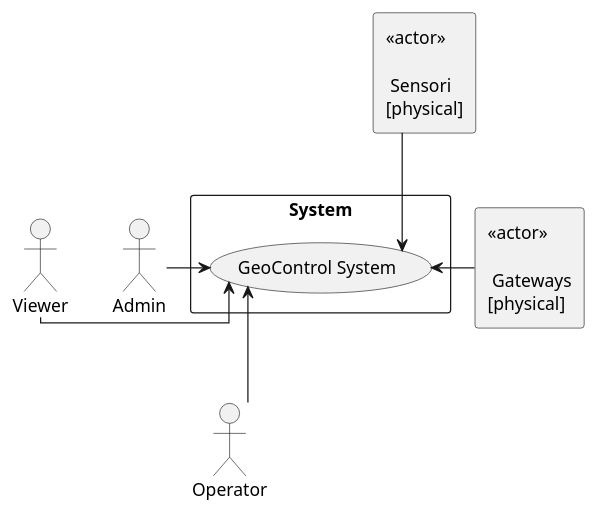
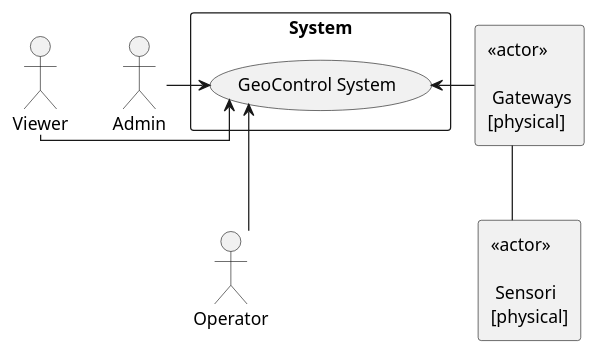
Before and after one commit to luigiaceto/geocontrol: the first of 4 diagrams in doc/Requirements.md, drawn with PlantUML. The commit also changed other lines of this file and 2 other files, not shown here.

Commit message:
Fix: context diagram

````diff
--- a/doc/Requirements.md
+++ b/doc/Requirements.md
@@ -200,31 +201,31 @@
 ``` plantuml
 
 @startuml
 skinparam linetype polyline
 skinparam linetype ortho
 
 rectangle System {
     (GeoControl System) as UC
 }
 
-rectangle "<< actor >>\n\n Gateways\n[physical]" as Sensori
-rectangle "<< actor >>\n\n Sensori\n[physical]" as Gateways
+rectangle "<< actor >>\n\n Gateways\n[physical]" as Gateways
+rectangle "<< actor >>\n\n Sensori\n[physical]" as Sensori
 
 Actor Admin
 Actor Operator
 Actor Viewer
 
 Admin -l-> UC
 Operator -l-> UC
 Viewer -l-> UC
 
-Sensori -r-> UC
+Gateways -u- Sensori
 Gateways -r-> UC
 
 
 Admin -[hidden]- Operator
 Admin -[hidden]l- Viewer
 Gateways -[hidden]d- Sensori
 @enduml
 
 ```
````
